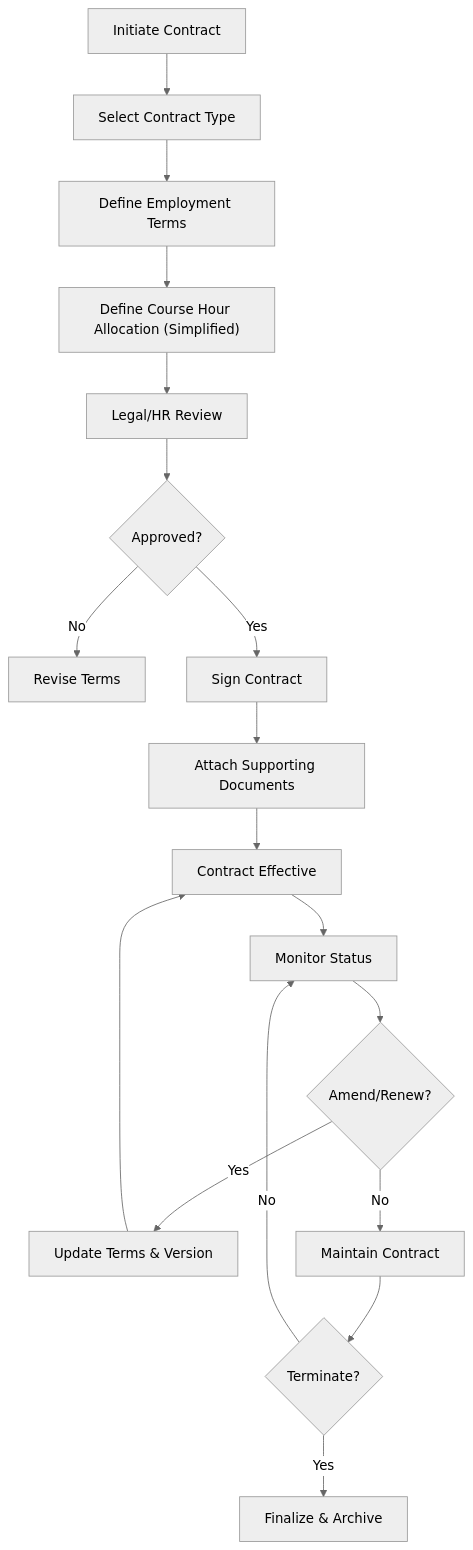
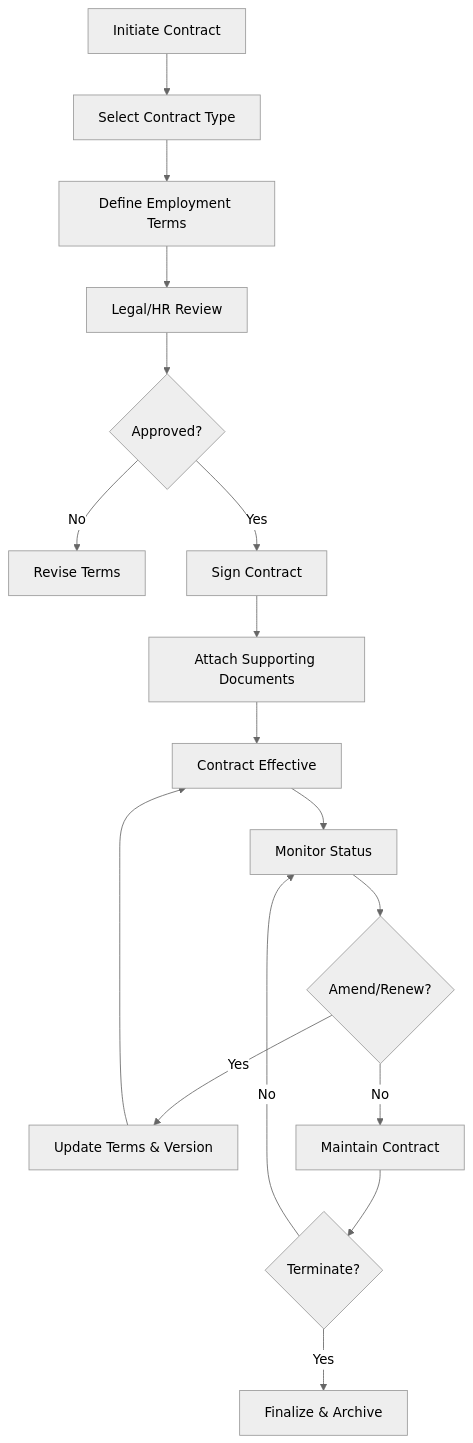
Before and after one commit to franckylab/eLISAschool: the fifth of 7 diagrams in .qoder/repowiki/en/content/Human Resources Management/Personnel Administration/Personnel Administration.md, drawn with Mermaid (neutral theme). The commit also changed other lines of this file and 21 other files, not shown here.

````diff
--- a/.qoder/repowiki/en/content/Human Resources Management/Personnel Administration/Personnel Administration.md
+++ b/.qoder/repowiki/en/content/Human Resources Management/Personnel Administration/Personnel Administration.md
@@ -317,20 +296,19 @@
 ```mermaid
 flowchart TD
 Init["Initiate Contract"] --> Type["Select Contract Type"]
 Type --> Terms["Define Employment Terms"]
-Terms --> CourseHours["Define Course Hour Allocation (Simplified)"]
-CourseHours --> Review["Legal/HR Review"]
+Terms --> Review["Legal/HR Review"]
 Review --> Approve{"Approved?"}
 Approve --> |No| Revise["Revise Terms"]
 Approve --> |Yes| Sign["Sign Contract"]
 Sign --> AttachDocs["Attach Supporting Documents"]
 AttachDocs --> Effective["Contract Effective"]
 Effective --> Monitor["Monitor Status"]
 Monitor --> Amend{"Amend/Renew?"}
 Amend --> |Yes| Update["Update Terms & Version"]
 Amend --> |No| Continue["Maintain Contract"]
 Update --> Effective
 Continue --> Terminate{"Terminate?"}
 Terminate --> |Yes| EndContract["Finalize & Archive"]
 Terminate --> |No| Monitor
 ```
````
